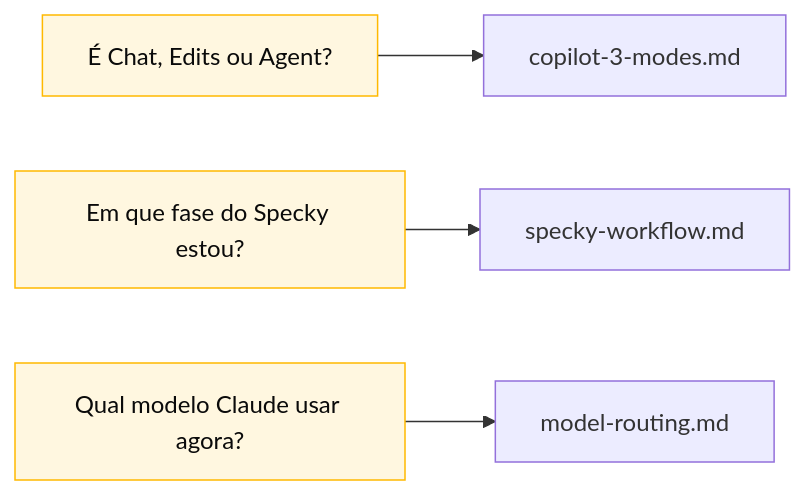
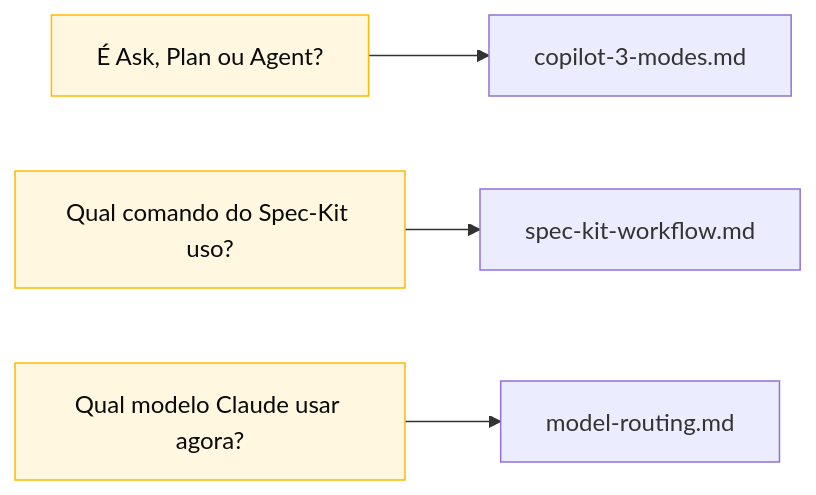
Before and after one commit to paulasilvatech/hackathon-datacorp-team-kit: the diagram in pt-br/cheat-sheets/README.md, drawn with Mermaid. The commit also changed other lines of this file and 241 other files, not shown here.

````diff
--- a/pt-br/cheat-sheets/README.md
+++ b/pt-br/cheat-sheets/README.md
@@ -21,8 +23,8 @@
 ```mermaid
 flowchart LR
  classDef sheet fill:#FFF7E0,stroke:#FFB900,color:#0A0A0A
 
- Q1["É Chat, Edits ou Agent?"]:::sheet --> S1[copilot-3-modes.md]
- Q2["Em que fase do Specky estou?"]:::sheet --> S2[specky-workflow.md]
+ Q1["É Ask, Plan ou Agent?"]:::sheet --> S1[copilot-3-modes.md]
+ Q2["Qual comando do Spec-Kit uso?"]:::sheet --> S2[spec-kit-workflow.md]
  Q3["Qual modelo Claude usar agora?"]:::sheet --> S3[model-routing.md]
 ```
````
